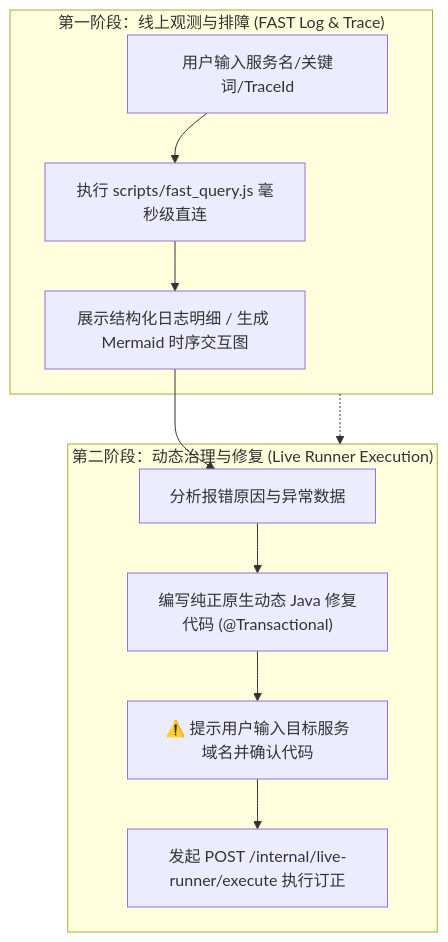
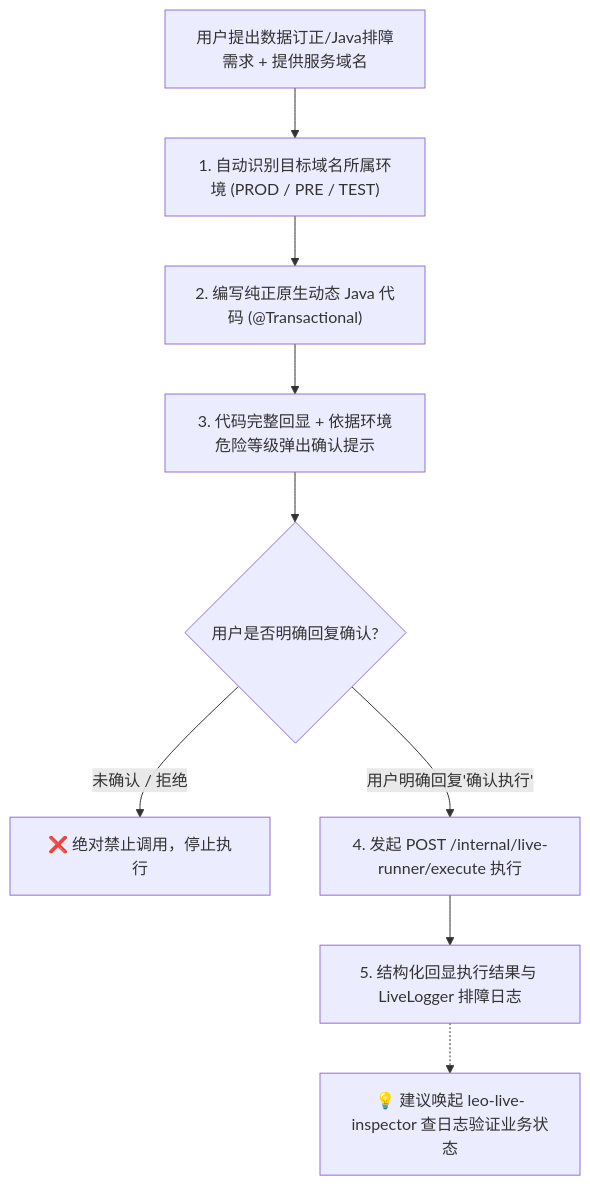
The diagram in lib/skills/leo-live-runner/SKILL.md (zlpawn/shrimp), drawn with Mermaid before and after one commit. The commit also changed other lines of this file and 35 other files, not shown here.

Commit message:
feat(skills): split live-runner into leo-live-inspector and leo-live-runner with env detection rules

````diff
--- a/lib/skills/leo-live-runner/SKILL.md
+++ b/lib/skills/leo-live-runner/SKILL.md
@@ -30,16 +30,11 @@
 ```mermaid
 flowchart TD
-    subgraph Phase1["第一阶段：线上观测与排障 (FAST Log & Trace)"]
-        L1["用户输入服务名/关键词/TraceId"] --> L2["执行 scripts/fast_query.js 毫秒级直连"]
-        L2 --> L3["展示结构化日志明细 / 生成 Mermaid 时序交互图"]
-    end
-
-    subgraph Phase2["第二阶段：动态治理与修复 (Live Runner Execution)"]
-        L3 --> R1["分析报错原因与异常数据"]
-        R1 --> R2["编写纯正原生动态 Java 修复代码 (@Transactional)"]
-        R2 --> R3["⚠️ 提示用户输入目标服务域名并确认代码"]
-        R3 --> R4["发起 POST /internal/live-runner/execute 执行订正"]
-    end
-
-    Phase1 -.-> Phase2
+    A["用户提出数据订正/Java排障需求 + 提供服务域名"] --> B["1. 自动识别目标域名所属环境 (PROD / PRE / TEST)"]
+    B --> C["2. 编写纯正原生动态 Java 代码 (@Transactional)"]
+    C --> D["3. 代码完整回显 + 依据环境危险等级弹出确认提示"]
+    D --> E{"用户是否明确回复确认?"}
+    E -->|"未确认 / 拒绝"| F["❌ 绝对禁止调用，停止执行"]
+    E -->|"用户明确回复'确认执行'"| G["4. 发起 POST /internal/live-runner/execute 执行"]
+    G --> H["5. 结构化回显执行结果与 LiveLogger 排障日志"]
+    H -.-> I["💡 建议唤起 leo-live-inspector 查日志验证业务状态"]
 ```
````
